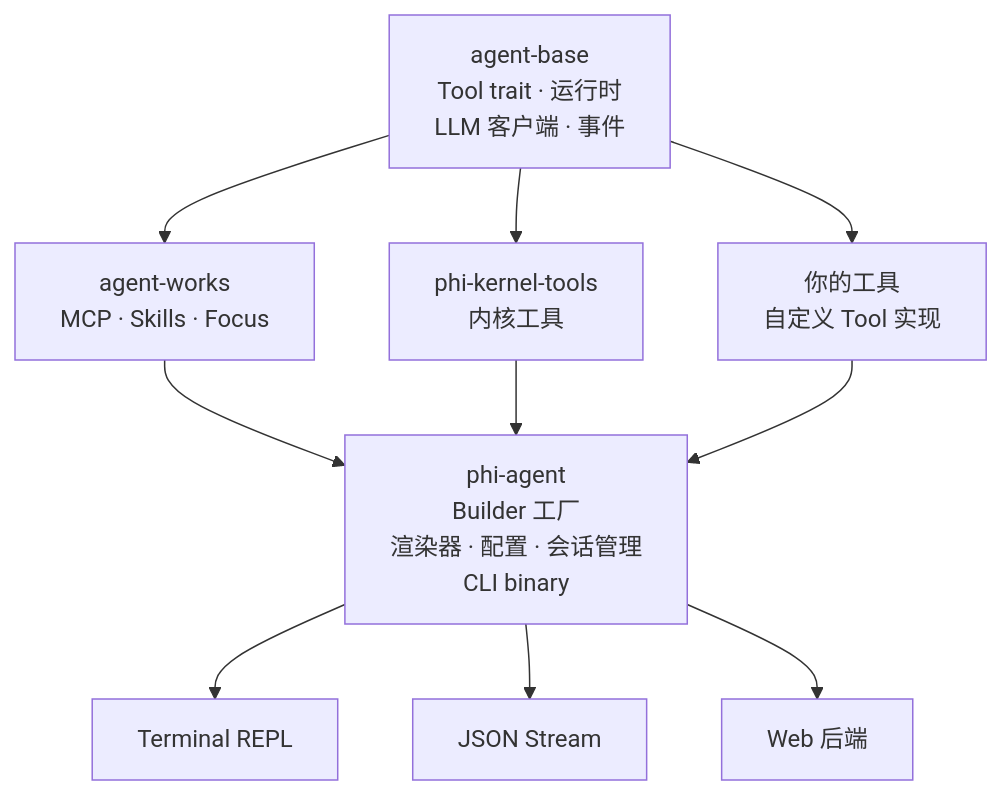
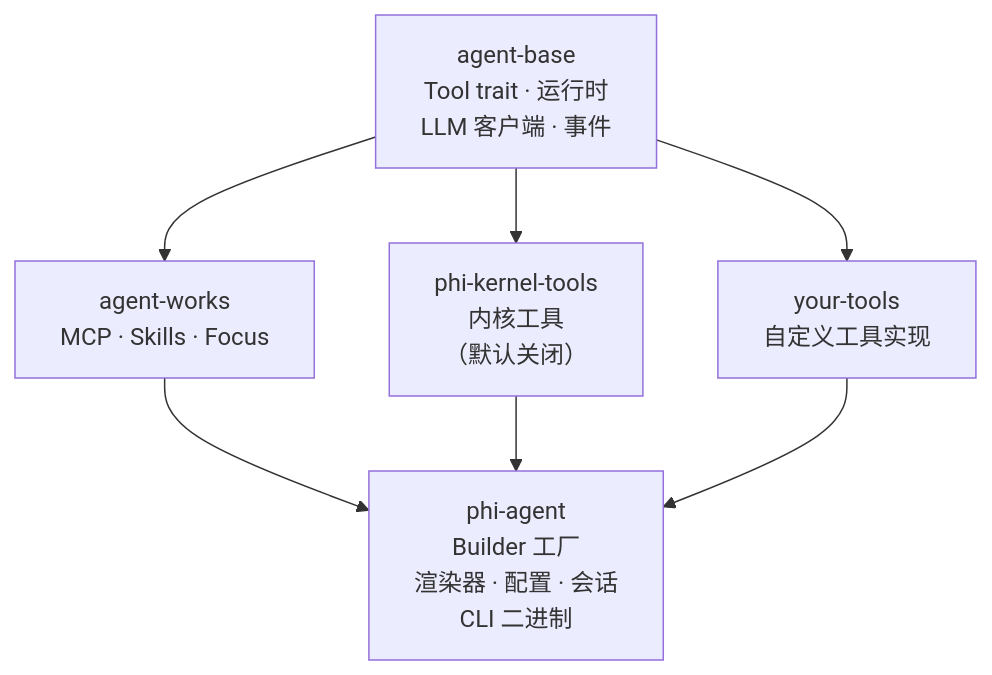
One commit to chenkangzeng1/agent-base changed the diagram in README_CN.md. Above: the diagram before and after it, drawn with Mermaid. The commit also changed other lines of this file, not shown here.

````diff
--- a/README_CN.md
+++ b/README_CN.md
@@ -66,18 +29,14 @@
 ```mermaid
 graph TB
     AB[agent-base<br/>Tool trait · 运行时<br/>LLM 客户端 · 事件]
 
     AB --> AW[agent-works<br/>MCP · Skills · Focus]
-    AB --> PKT[phi-kernel-tools<br/>内核工具]
-    AB --> YT[你的工具<br/>自定义 Tool 实现]
+    AB --> PKT["phi-kernel-tools<br/>内核工具<br/>（默认关闭）"]
+    AB --> YT[your-tools<br/>自定义工具实现]
 
     AW --> PA
     PKT --> PA
     YT --> PA
 
-    PA[phi-agent<br/>Builder 工厂<br/>渲染器 · 配置 · 会话管理<br/>CLI binary]
-
-    PA --> Terminal[Terminal REPL]
-    PA --> JSON[JSON Stream]
-    PA --> Web[Web 后端]
+    PA[phi-agent<br/>Builder 工厂<br/>渲染器 · 配置 · 会话<br/>CLI 二进制]
 ```
````
